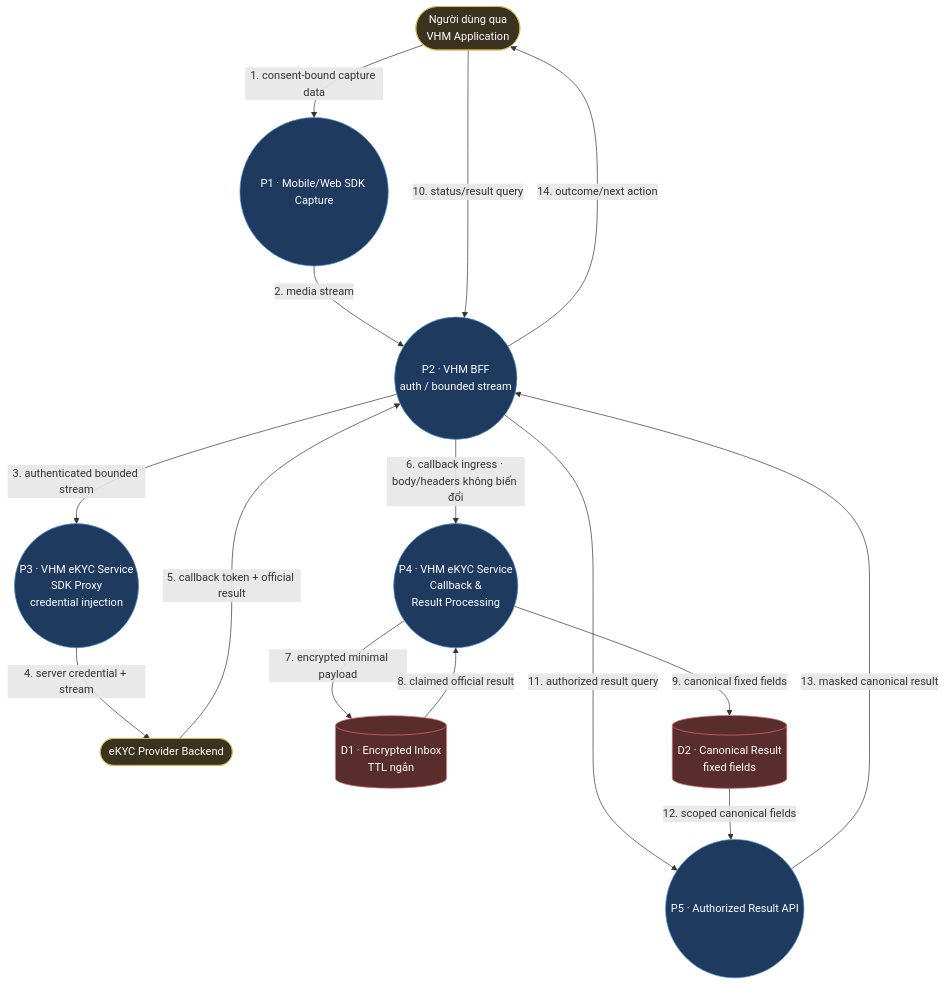
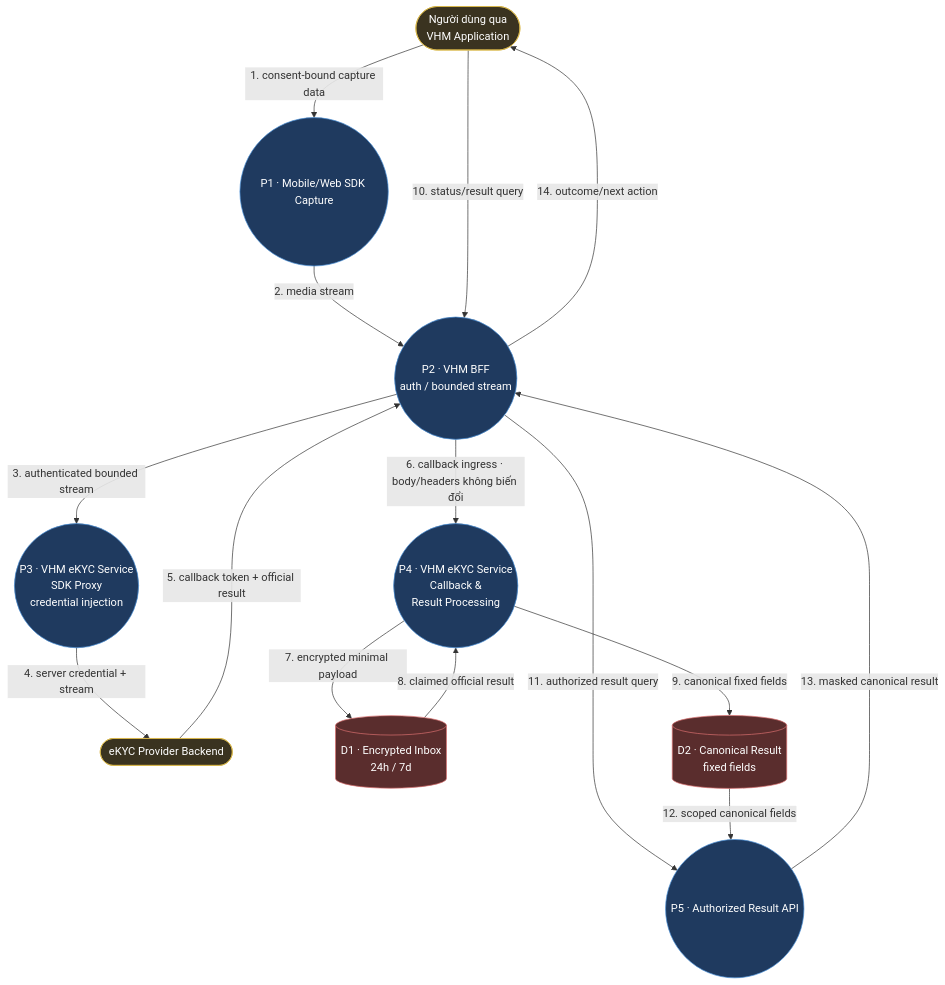
Diagram 16 of 16 in README.md (huynv-xyz/vhm), drawn with Mermaid before and after one commit. The commit also changed other lines of this file, not shown here.

````diff
--- a/README.md
+++ b/README.md
@@ -1852,31 +1964,31 @@
 ```mermaid
 flowchart TB
     APP(["Người dùng qua<br/>VHM Application"]):::entity
     BACKEND(["eKYC Provider Backend"]):::entity
     CAPTURE(("P1 · Mobile/Web SDK Capture")):::process
     BFF(("P2 · VHM BFF<br/>auth / bounded stream")):::process
     EKYC_SERVICE_PROXY(("P3 · VHM eKYC Service<br/>SDK Proxy<br/>credential injection")):::process
     RESULT_PROCESS(("P4 · VHM eKYC Service<br/>Callback &<br/>Result Processing")):::process
     RESULT_API(("P5 · Authorized Result API")):::process
-    INBOX[("D1 · Encrypted Inbox<br/>TTL ngắn")]:::sensitive
+    INBOX[("D1 · Encrypted Inbox<br/>24h / 7d")]:::sensitive
     RESULT[("D2 · Canonical Result<br/>fixed fields")]:::sensitive
 
     APP -->|"1. consent-bound capture data"| CAPTURE
     CAPTURE -->|"2. media stream"| BFF
     BFF -->|"3. authenticated bounded stream"| EKYC_SERVICE_PROXY
     EKYC_SERVICE_PROXY -->|"4. server credential + stream"| BACKEND
     BACKEND -->|"5. callback token + official result"| BFF
     BFF -->|"6. callback ingress · body/headers không biến đổi"| RESULT_PROCESS
     RESULT_PROCESS -->|"7. encrypted minimal payload"| INBOX
     INBOX -->|"8. claimed official result"| RESULT_PROCESS
     RESULT_PROCESS -->|"9. canonical fixed fields"| RESULT
     APP -->|"10. status/result query"| BFF
     BFF -->|"11. authorized result query"| RESULT_API
     RESULT -->|"12. scoped canonical fields"| RESULT_API
     RESULT_API -->|"13. masked canonical result"| BFF
     BFF -->|"14. outcome/next action"| APP
 
     classDef entity fill:#3a3320,stroke:#d9b84a,color:#fff;
     classDef process fill:#1f3a5f,stroke:#4a90d9,color:#fff;
     classDef sensitive fill:#5a2d2d,stroke:#d96f6f,color:#fff;
 ```
````
